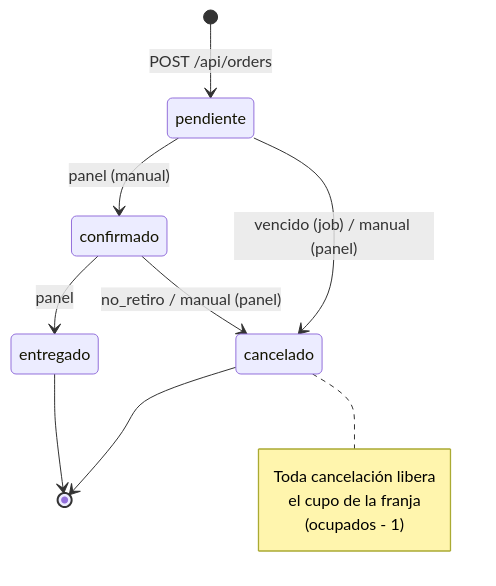
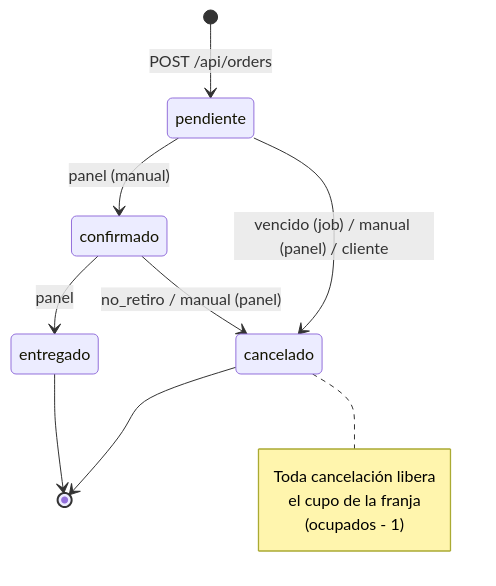
The second of 2 diagrams in docs/MODELO_DATOS.md (santicbsn14/BlackStation), drawn with Mermaid before and after one commit. The commit also changed other lines of this file and 19 other files, not shown here.

````diff
--- a/docs/MODELO_DATOS.md
+++ b/docs/MODELO_DATOS.md
@@ -299,16 +299,16 @@
 ```mermaid
 stateDiagram-v2
     [*] --> pendiente: POST /api/orders
     pendiente --> confirmado: panel (manual)
     confirmado --> entregado: panel
-    pendiente --> cancelado: vencido (job) / manual (panel)
+    pendiente --> cancelado: vencido (job) / manual (panel) / cliente
     confirmado --> cancelado: no_retiro / manual (panel)
     entregado --> [*]
     cancelado --> [*]
 
     note right of cancelado
         Toda cancelación libera
         el cupo de la franja
         (ocupados - 1)
     end note
 ```
````
